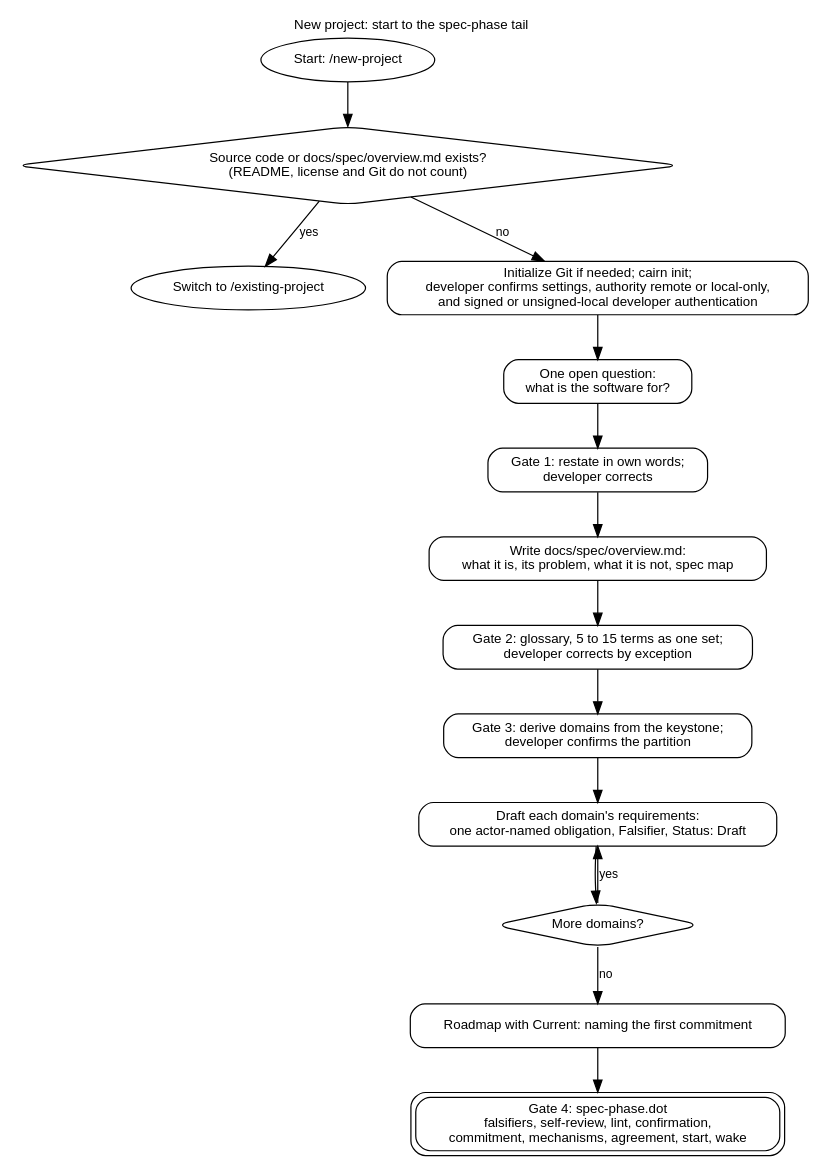
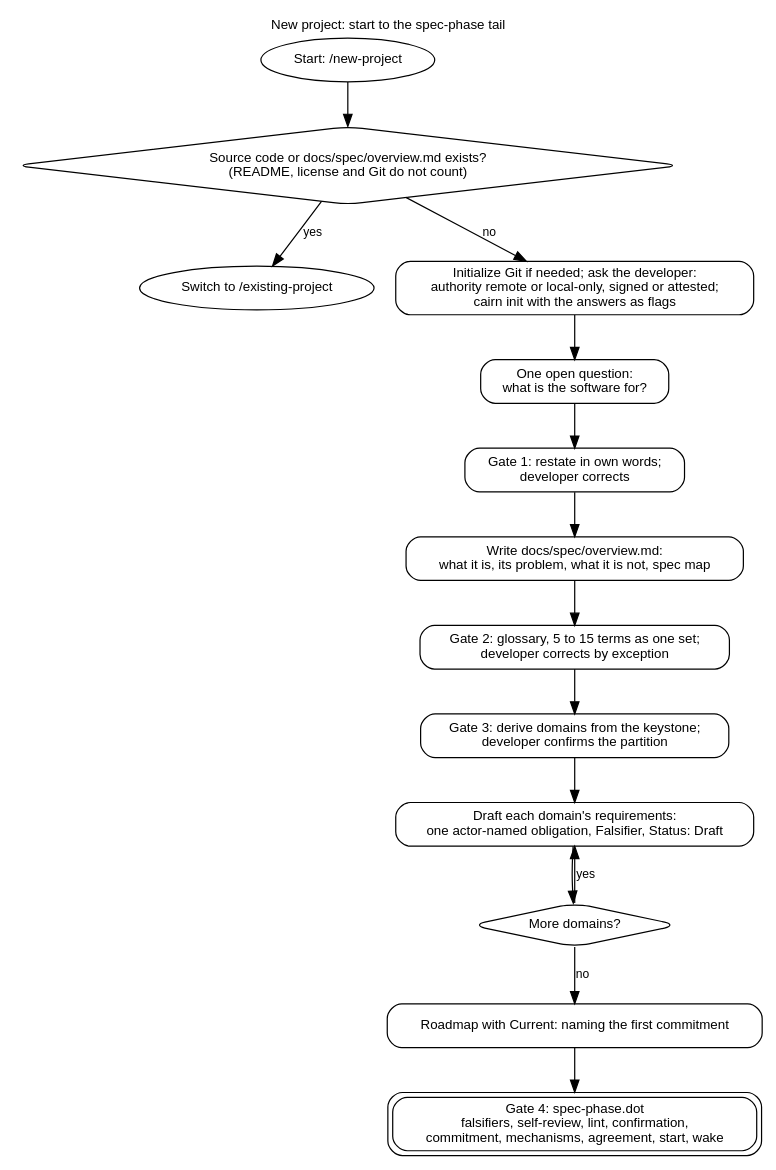
The diagram in docs/diagrams/new-project.dot (eas4ai/cairn), drawn with Graphviz before and after one commit. The commit also changed 14 other files, not shown here.

Commit message:
Docs, template, skills and diagrams: the agent asks in conversation and records the developer's words; changelog 2.1.0

```diff
--- a/docs/diagrams/new-project.dot
+++ b/docs/diagrams/new-project.dot
@@ -1,29 +1,29 @@
 // New project: from an empty directory through initialization to the spec tail.
 digraph new_project {
   rankdir=TB;
   graph [fontname="Helvetica", fontsize=11, labelloc=t, label="New project: start to the spec-phase tail"];
   node  [shape=box, style=rounded, fontname="Helvetica", fontsize=11];
   edge  [fontname="Helvetica", fontsize=10];
 
   start [shape=oval, label="Start: /new-project"];
   exists [shape=diamond, label="Source code or docs/spec/overview.md exists?\n(README, license and Git do not count)"];
   switch [shape=oval, label="Switch to /existing-project"];
-  init [label="Initialize Git if needed; cairn init;\ndeveloper confirms settings, authority remote or local-only,\nand signed or unsigned-local developer authentication"];
+  init [label="Initialize Git if needed; ask the developer:\nauthority remote or local-only, signed or attested;\ncairn init with the answers as flags"];
   ask [label="One open question:\nwhat is the software for?"];
   restate [label="Gate 1: restate in own words;\ndeveloper corrects"];
   keystone [label="Write docs/spec/overview.md:\nwhat it is, its problem, what it is not, spec map"];
   glossary [label="Gate 2: glossary, 5 to 15 terms as one set;\ndeveloper corrects by exception"];
   partition [label="Gate 3: derive domains from the keystone;\ndeveloper confirms the partition"];
   draft [label="Draft each domain's requirements:\none actor-named obligation, Falsifier, Status: Draft"];
   more [shape=diamond, label="More domains?"];
   roadmap [label="Roadmap with Current: naming the first commitment"];
   tail [shape=box, peripheries=2, label="Gate 4: spec-phase.dot\nfalsifiers, self-review, lint, confirmation,\ncommitment, mechanisms, agreement, start, wake"];
 
   start -> exists;
   exists -> switch [label="yes"];
   exists -> init [label="no"];
   init -> ask -> restate -> keystone -> glossary -> partition -> draft -> more;
   more -> draft [label="yes"];
   more -> roadmap [label="no"];
   roadmap -> tail;
 }
```
